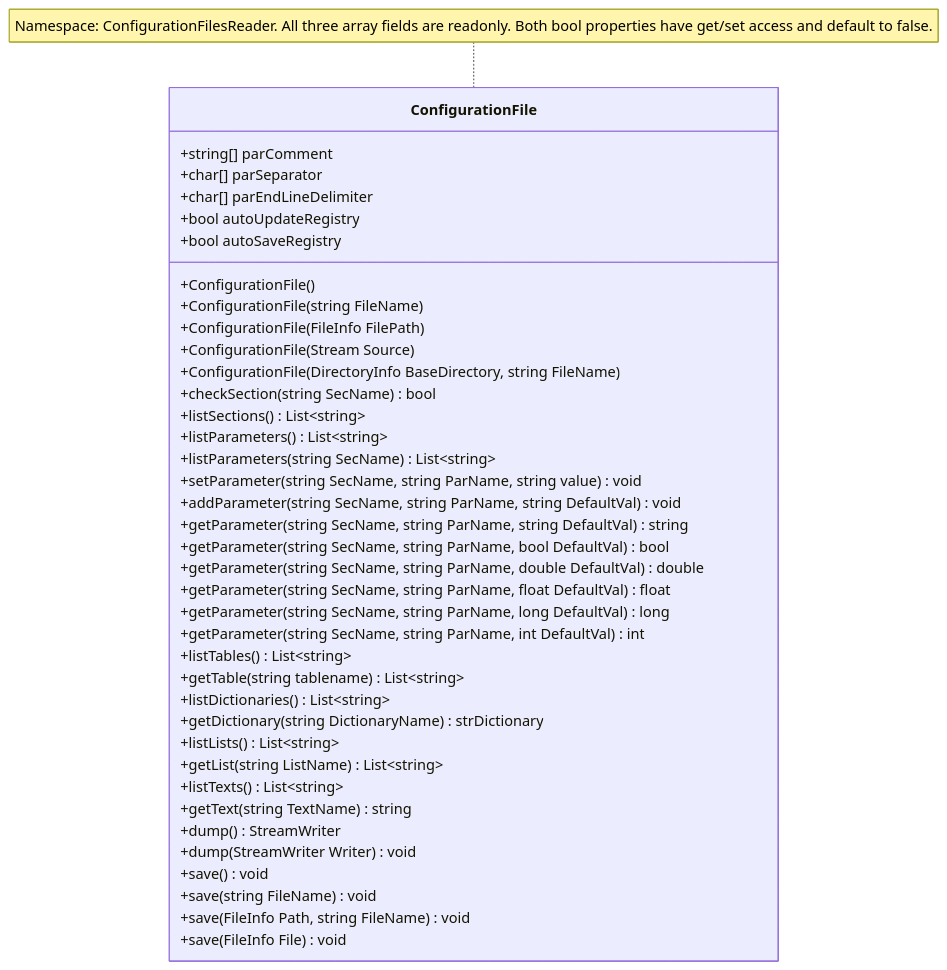
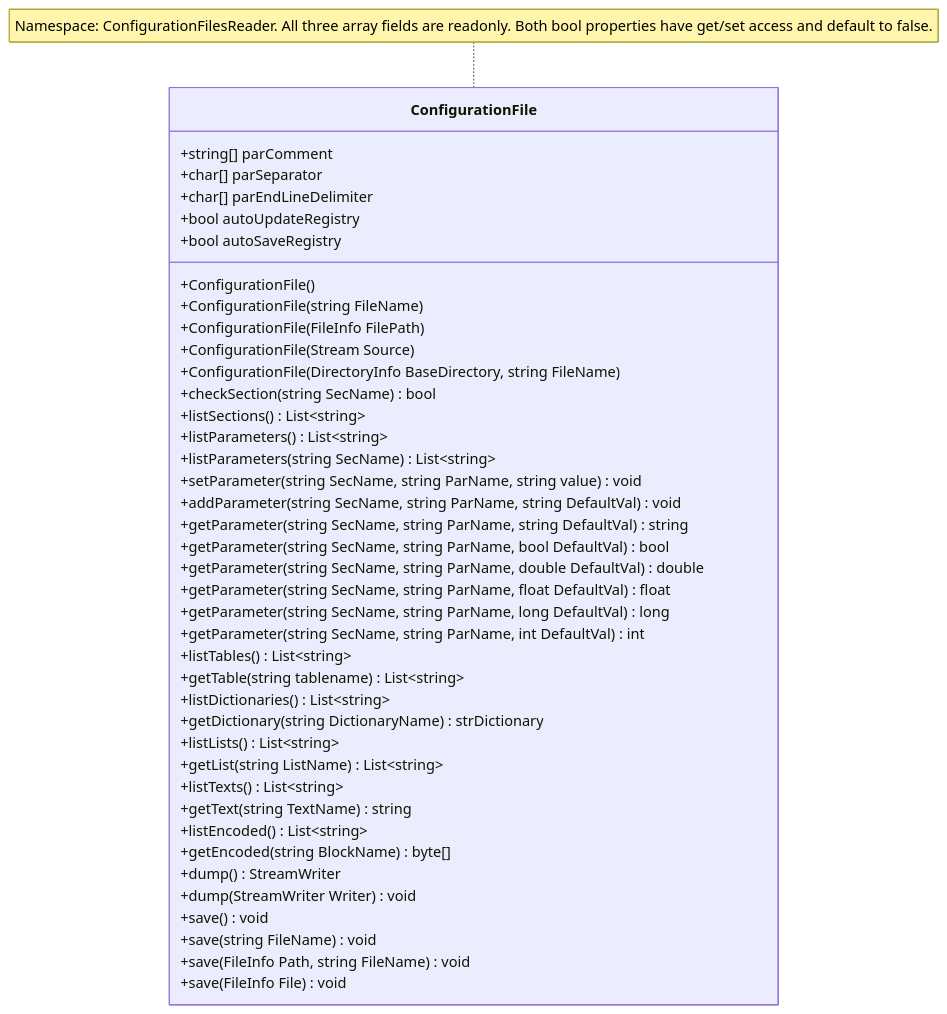
Before and after one commit to delloiaconos/IniLike: the diagram in README.md, drawn with Mermaid. The commit also changed other lines of this file and 10 other files, not shown here.

````diff
--- a/README.md
+++ b/README.md
@@ -164,49 +177,52 @@
 ```mermaid
 classDiagram
     class ConfigurationFile {
         %% Shared settings and constructors
         +string[] parComment
         +char[] parSeparator
         +char[] parEndLineDelimiter
         +bool autoUpdateRegistry
         +bool autoSaveRegistry
         +ConfigurationFile()
         +ConfigurationFile(string FileName)
         +ConfigurationFile(FileInfo FilePath)
         +ConfigurationFile(Stream Source)
         +ConfigurationFile(DirectoryInfo BaseDirectory, string FileName)
         %% Sections and parameters
         +checkSection(string SecName) bool
         +listSections() List~string~
         +listParameters() List~string~
         +listParameters(string SecName) List~string~
         +setParameter(string SecName, string ParName, string value) void
         +addParameter(string SecName, string ParName, string DefaultVal) void
         +getParameter(string SecName, string ParName, string DefaultVal) string
         +getParameter(string SecName, string ParName, bool DefaultVal) bool
         +getParameter(string SecName, string ParName, double DefaultVal) double
         +getParameter(string SecName, string ParName, float DefaultVal) float
         +getParameter(string SecName, string ParName, long DefaultVal) long
         +getParameter(string SecName, string ParName, int DefaultVal) int
         %% Tables
         +listTables() List~string~
         +getTable(string tablename) List~string~
         %% Dictionaries
         +listDictionaries() List~string~
         +getDictionary(string DictionaryName) strDictionary
         %% Lists
         +listLists() List~string~
         +getList(string ListName) List~string~
         %% Text blocks
         +listTexts() List~string~
         +getText(string TextName) string
+        %% Encoded blocks
+        +listEncoded() List~string~
+        +getEncoded(string BlockName) byte[]
         %% Persistence
         +dump() StreamWriter
         +dump(StreamWriter Writer) void
         +save() void
         +save(string FileName) void
         +save(FileInfo Path, string FileName) void
         +save(FileInfo File) void
     }
     note for ConfigurationFile "Namespace: ConfigurationFilesReader. All three array fields are readonly. Both bool properties have get/set access and default to false."
 ```
````
